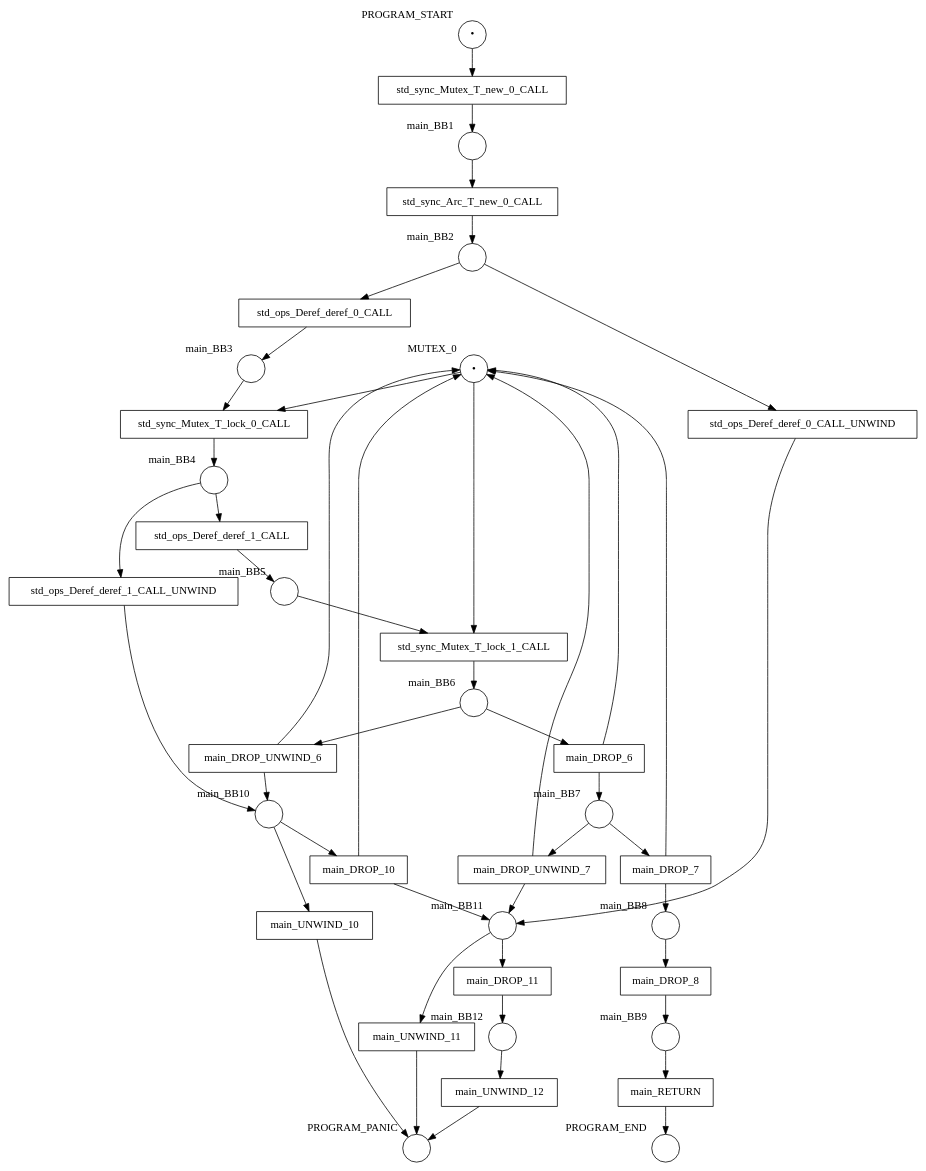
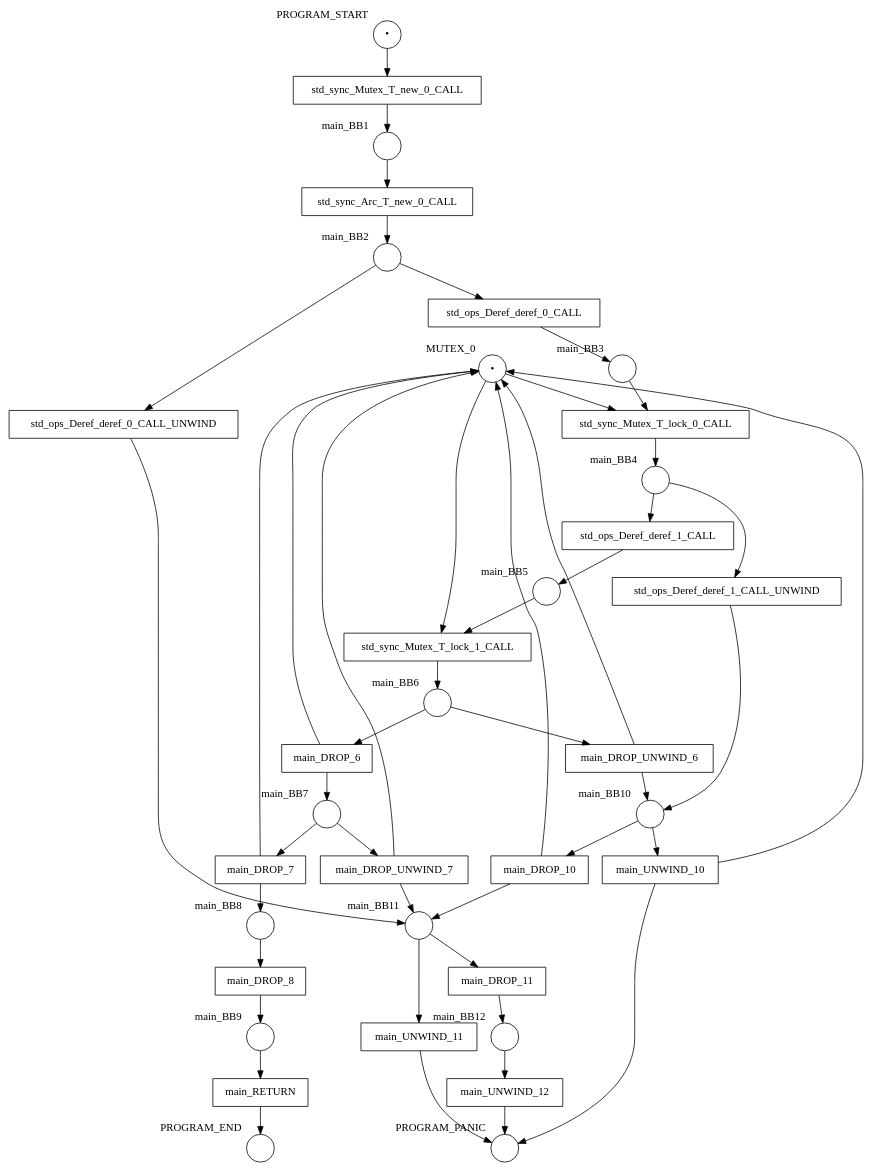
Before and after one commit to hlisdero/cargo-check-deadlock: the diagram in examples/results/mutex/double_lock_deadlock_with_arc/net.dot, drawn with Graphviz. The commit also changed 20 other files, not shown here.

```diff
--- a/examples/results/mutex/double_lock_deadlock_with_arc/net.dot
+++ b/examples/results/mutex/double_lock_deadlock_with_arc/net.dot
@@ -1,82 +1,83 @@
 digraph petrinet {
     MUTEX_0 [shape="circle" xlabel="MUTEX_0" label="•"];
     PROGRAM_END [shape="circle" xlabel="PROGRAM_END" label=""];
     PROGRAM_PANIC [shape="circle" xlabel="PROGRAM_PANIC" label=""];
     PROGRAM_START [shape="circle" xlabel="PROGRAM_START" label="•"];
     main_BB1 [shape="circle" xlabel="main_BB1" label=""];
     main_BB10 [shape="circle" xlabel="main_BB10" label=""];
     main_BB11 [shape="circle" xlabel="main_BB11" label=""];
     main_BB12 [shape="circle" xlabel="main_BB12" label=""];
     main_BB2 [shape="circle" xlabel="main_BB2" label=""];
     main_BB3 [shape="circle" xlabel="main_BB3" label=""];
     main_BB4 [shape="circle" xlabel="main_BB4" label=""];
     main_BB5 [shape="circle" xlabel="main_BB5" label=""];
     main_BB6 [shape="circle" xlabel="main_BB6" label=""];
     main_BB7 [shape="circle" xlabel="main_BB7" label=""];
     main_BB8 [shape="circle" xlabel="main_BB8" label=""];
     main_BB9 [shape="circle" xlabel="main_BB9" label=""];
     main_DROP_10 [shape="box" xlabel="" label="main_DROP_10"];
     main_DROP_11 [shape="box" xlabel="" label="main_DROP_11"];
     main_DROP_6 [shape="box" xlabel="" label="main_DROP_6"];
     main_DROP_7 [shape="box" xlabel="" label="main_DROP_7"];
     main_DROP_8 [shape="box" xlabel="" label="main_DROP_8"];
     main_DROP_UNWIND_6 [shape="box" xlabel="" label="main_DROP_UNWIND_6"];
     main_DROP_UNWIND_7 [shape="box" xlabel="" label="main_DROP_UNWIND_7"];
     main_RETURN [shape="box" xlabel="" label="main_RETURN"];
     main_UNWIND_10 [shape="box" xlabel="" label="main_UNWIND_10"];
     main_UNWIND_11 [shape="box" xlabel="" label="main_UNWIND_11"];
     main_UNWIND_12 [shape="box" xlabel="" label="main_UNWIND_12"];
     std_ops_Deref_deref_0_CALL [shape="box" xlabel="" label="std_ops_Deref_deref_0_CALL"];
     std_ops_Deref_deref_0_CALL_UNWIND [shape="box" xlabel="" label="std_ops_Deref_deref_0_CALL_UNWIND"];
     std_ops_Deref_deref_1_CALL [shape="box" xlabel="" label="std_ops_Deref_deref_1_CALL"];
     std_ops_Deref_deref_1_CALL_UNWIND [shape="box" xlabel="" label="std_ops_Deref_deref_1_CALL_UNWIND"];
     std_sync_Arc_T_new_0_CALL [shape="box" xlabel="" label="std_sync_Arc_T_new_0_CALL"];
     std_sync_Mutex_T_lock_0_CALL [shape="box" xlabel="" label="std_sync_Mutex_T_lock_0_CALL"];
     std_sync_Mutex_T_lock_1_CALL [shape="box" xlabel="" label="std_sync_Mutex_T_lock_1_CALL"];
     std_sync_Mutex_T_new_0_CALL [shape="box" xlabel="" label="std_sync_Mutex_T_new_0_CALL"];
     MUTEX_0 -> std_sync_Mutex_T_lock_0_CALL;
     MUTEX_0 -> std_sync_Mutex_T_lock_1_CALL;
     PROGRAM_START -> std_sync_Mutex_T_new_0_CALL;
     main_BB1 -> std_sync_Arc_T_new_0_CALL;
     main_BB10 -> main_DROP_10;
     main_BB10 -> main_UNWIND_10;
     main_BB11 -> main_DROP_11;
     main_BB11 -> main_UNWIND_11;
     main_BB12 -> main_UNWIND_12;
     main_BB2 -> std_ops_Deref_deref_0_CALL;
     main_BB2 -> std_ops_Deref_deref_0_CALL_UNWIND;
     main_BB3 -> std_sync_Mutex_T_lock_0_CALL;
     main_BB4 -> std_ops_Deref_deref_1_CALL;
     main_BB4 -> std_ops_Deref_deref_1_CALL_UNWIND;
     main_BB5 -> std_sync_Mutex_T_lock_1_CALL;
     main_BB6 -> main_DROP_6;
     main_BB6 -> main_DROP_UNWIND_6;
     main_BB7 -> main_DROP_7;
     main_BB7 -> main_DROP_UNWIND_7;
     main_BB8 -> main_DROP_8;
     main_BB9 -> main_RETURN;
     main_DROP_10 -> MUTEX_0;
     main_DROP_10 -> main_BB11;
     main_DROP_11 -> main_BB12;
     main_DROP_6 -> MUTEX_0;
     main_DROP_6 -> main_BB7;
     main_DROP_7 -> MUTEX_0;
     main_DROP_7 -> main_BB8;
     main_DROP_8 -> main_BB9;
     main_DROP_UNWIND_6 -> MUTEX_0;
     main_DROP_UNWIND_6 -> main_BB10;
     main_DROP_UNWIND_7 -> MUTEX_0;
     main_DROP_UNWIND_7 -> main_BB11;
     main_RETURN -> PROGRAM_END;
+    main_UNWIND_10 -> MUTEX_0;
     main_UNWIND_10 -> PROGRAM_PANIC;
     main_UNWIND_11 -> PROGRAM_PANIC;
     main_UNWIND_12 -> PROGRAM_PANIC;
     std_ops_Deref_deref_0_CALL -> main_BB3;
     std_ops_Deref_deref_0_CALL_UNWIND -> main_BB11;
     std_ops_Deref_deref_1_CALL -> main_BB5;
     std_ops_Deref_deref_1_CALL_UNWIND -> main_BB10;
     std_sync_Arc_T_new_0_CALL -> main_BB2;
     std_sync_Mutex_T_lock_0_CALL -> main_BB4;
     std_sync_Mutex_T_lock_1_CALL -> main_BB6;
     std_sync_Mutex_T_new_0_CALL -> main_BB1;
 }
```
